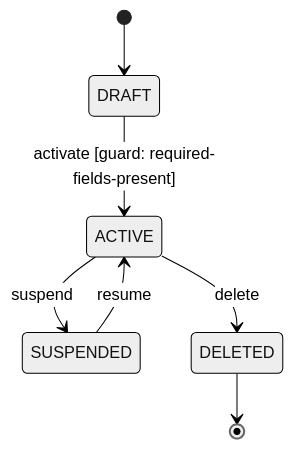
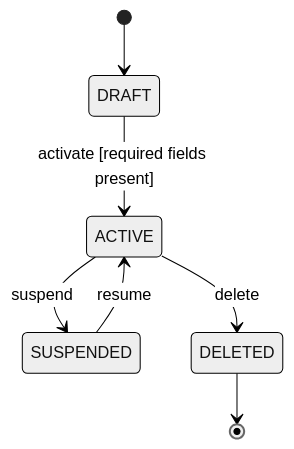
Before and after one commit to mhshahin01/builders-skills: the second of 4 diagrams in lld-unifier/mermaid-diagrams.md, drawn with Mermaid (neutral theme). The commit also changed other lines of this file and 31 other files, not shown here.

````diff
--- a/lld-unifier/mermaid-diagrams.md
+++ b/lld-unifier/mermaid-diagrams.md
@@ -117,9 +118,9 @@
 ```mermaid
 stateDiagram-v2
   [*] --> DRAFT
-  DRAFT --> ACTIVE : activate [guard: required-fields-present]
+  DRAFT --> ACTIVE : activate [required fields present]
   ACTIVE --> SUSPENDED : suspend
   SUSPENDED --> ACTIVE : resume
   ACTIVE --> DELETED : delete
   DELETED --> [*]
 ```
````
